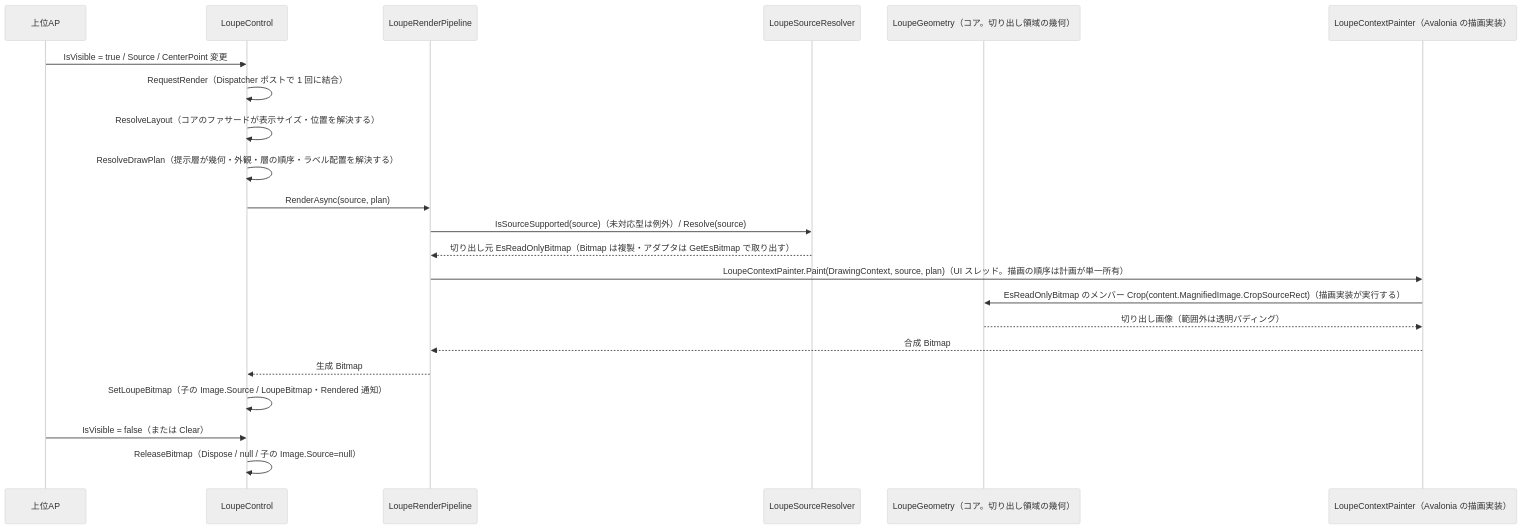
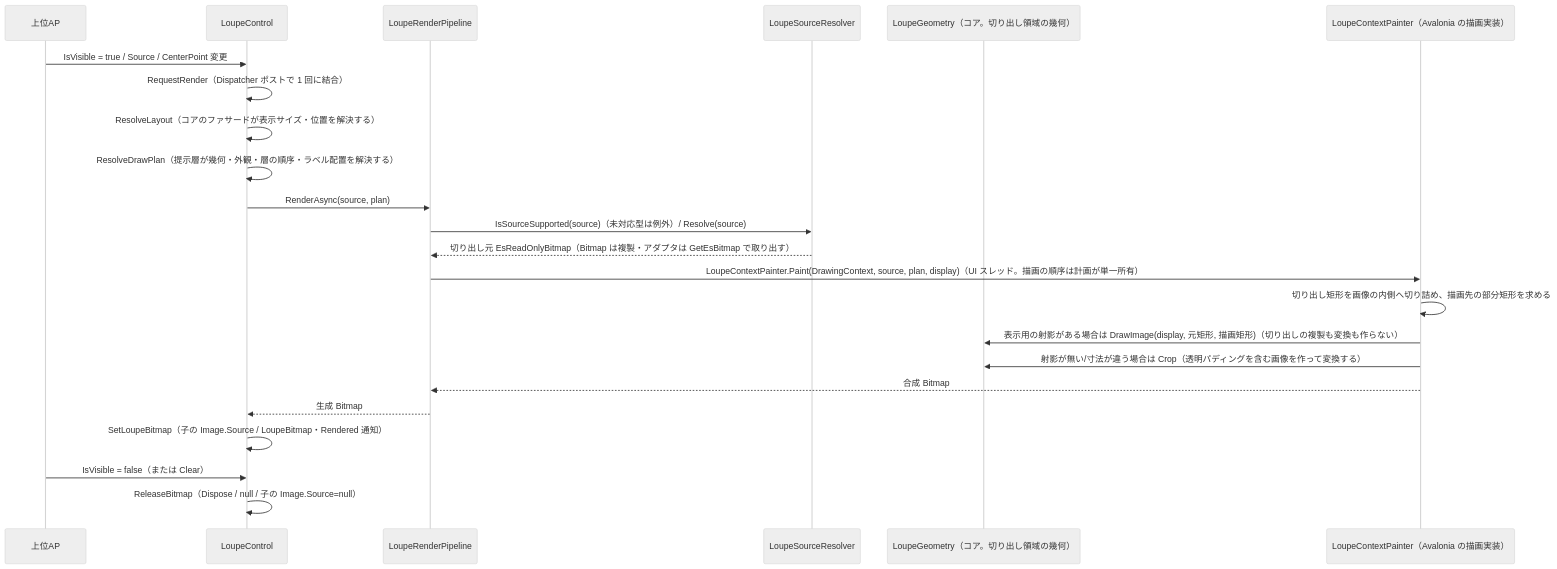
Before and after one commit to tomokuni/SaveEvidence: the second of 2 diagrams in src/EsUtil.Feature.Loupe.ControlAvaloniaUI/docs/SPEC_System.md, drawn with Mermaid (neutral theme). The commit also changed other lines of this file and 5 other files, not shown here.

````diff
--- a/src/EsUtil.Feature.Loupe.ControlAvaloniaUI/docs/SPEC_System.md
+++ b/src/EsUtil.Feature.Loupe.ControlAvaloniaUI/docs/SPEC_System.md
@@ -238,26 +239,27 @@
 ```mermaid
 sequenceDiagram
     participant AP as 上位AP
     participant Ctl as LoupeControl
     participant Pl as LoupeRenderPipeline
     participant Sr as LoupeSourceResolver
     participant Ext as LoupeGeometry（コア。切り出し領域の幾何）
     participant Rdr as LoupeContextPainter（Avalonia の描画実装）
 
     AP->>Ctl: IsVisible = true / Source / CenterPoint 変更
     Ctl->>Ctl: RequestRender（Dispatcher ポストで 1 回に結合）
     Ctl->>Ctl: ResolveLayout（コアのファサードが表示サイズ・位置を解決する）
     Ctl->>Ctl: ResolveDrawPlan（提示層が幾何・外観・層の順序・ラベル配置を解決する）
     Ctl->>Pl: RenderAsync(source, plan)
     Pl->>Sr: IsSourceSupported(source)（未対応型は例外）/ Resolve(source)
     Sr-->>Pl: 切り出し元 EsReadOnlyBitmap（Bitmap は複製・アダプタは GetEsBitmap で取り出す）
-    Pl->>Rdr: LoupeContextPainter.Paint(DrawingContext, source, plan)（UI スレッド。描画の順序は計画が単一所有）
-    Rdr->>Ext: EsReadOnlyBitmap のメンバー Crop(content.MagnifiedImage.CropSourceRect)（描画実装が実行する）
-    Ext-->>Rdr: 切り出し画像（範囲外は透明パディング）
+    Pl->>Rdr: LoupeContextPainter.Paint(DrawingContext, source, plan, display)（UI スレッド。描画の順序は計画が単一所有）
+    Rdr->>Rdr: 切り出し矩形を画像の内側へ切り詰め、描画先の部分矩形を求める
+    Rdr->>Ext: 表示用の射影がある場合は DrawImage(display, 元矩形, 描画矩形)（切り出しの複製も変換も作らない）
+    Rdr->>Ext: 射影が無い/寸法が違う場合は Crop（透明パディングを含む画像を作って変換する）
     Rdr-->>Pl: 合成 Bitmap
     Pl-->>Ctl: 生成 Bitmap
     Ctl->>Ctl: SetLoupeBitmap（子の Image.Source / LoupeBitmap・Rendered 通知）
 
     AP->>Ctl: IsVisible = false（または Clear）
     Ctl->>Ctl: ReleaseBitmap（Dispose / null / 子の Image.Source=null）
 ```
````
